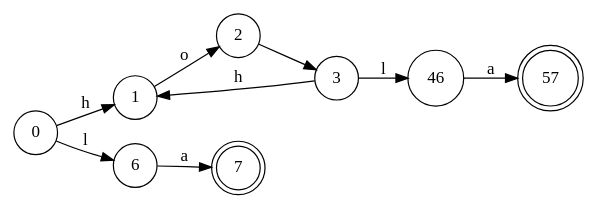
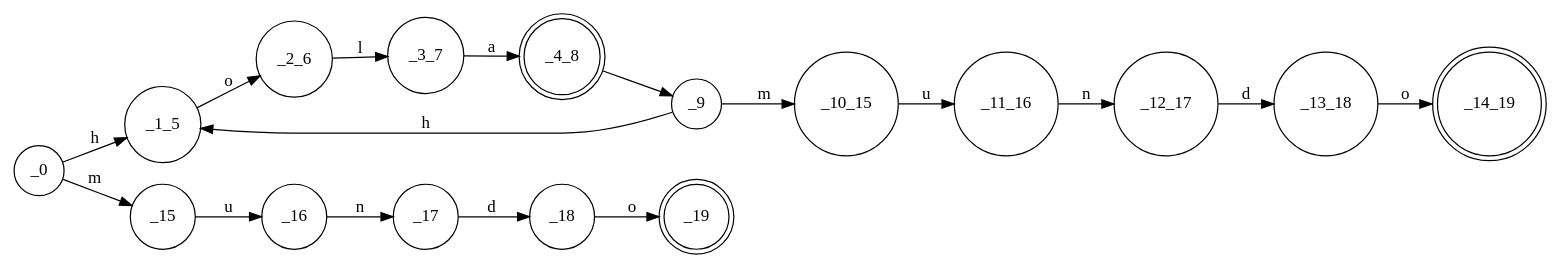
The diagram in src/files/testDet.dot (GdeAchaval/automaton), drawn with Graphviz before and after one commit. The commit also changed 5 other files, not shown here.

```diff
--- a/src/files/testDet.dot
+++ b/src/files/testDet.dot
@@ -1,22 +1,38 @@
 digraph {
 rankdir = "LR";
 // NODES
-node [shape=circle] Node0[label="0"];
-node [shape=circle] Node1[label="1"];
-node [shape=circle] Node6[label="6"];
-node [shape=circle] Node2[label="2"];
-node [shape=doublecircle] Node7[label="7"];
-node [shape=circle] Node3[label="3"];
-node [shape=circle] Node46[label="46"];
-node [shape=doublecircle] Node57[label="57"];
+node [shape=circle] Node_0[label="_0"];
+node [shape=circle] Node_1_5[label="_1_5"];
+node [shape=circle] Node_15[label="_15"];
+node [shape=circle] Node_2_6[label="_2_6"];
+node [shape=circle] Node_16[label="_16"];
+node [shape=circle] Node_3_7[label="_3_7"];
+node [shape=circle] Node_17[label="_17"];
+node [shape=doublecircle] Node_4_8[label="_4_8"];
+node [shape=circle] Node_18[label="_18"];
+node [shape=circle] Node_9[label="_9"];
+node [shape=doublecircle] Node_19[label="_19"];
+node [shape=circle] Node_10_15[label="_10_15"];
+node [shape=circle] Node_11_16[label="_11_16"];
+node [shape=circle] Node_12_17[label="_12_17"];
+node [shape=circle] Node_13_18[label="_13_18"];
+node [shape=doublecircle] Node_14_19[label="_14_19"];
 
 // TRANSITIONS
-Node0 -> Node1 [label="h"];
-Node0 -> Node6 [label="l"];
-Node1 -> Node2 [label="o"];
-Node6 -> Node7 [label="a"];
-Node2 -> Node3 [label=" "];
-Node3 -> Node1 [label="h"];
-Node3 -> Node46 [label="l"];
-Node46 -> Node57 [label="a"];
+Node_0 -> Node_1_5 [label="h"];
+Node_0 -> Node_15 [label="m"];
+Node_1_5 -> Node_2_6 [label="o"];
+Node_15 -> Node_16 [label="u"];
+Node_2_6 -> Node_3_7 [label="l"];
+Node_16 -> Node_17 [label="n"];
+Node_3_7 -> Node_4_8 [label="a"];
+Node_17 -> Node_18 [label="d"];
+Node_4_8 -> Node_9 [label=" "];
+Node_18 -> Node_19 [label="o"];
+Node_9 -> Node_1_5 [label="h"];
+Node_9 -> Node_10_15 [label="m"];
+Node_10_15 -> Node_11_16 [label="u"];
+Node_11_16 -> Node_12_17 [label="n"];
+Node_12_17 -> Node_13_18 [label="d"];
+Node_13_18 -> Node_14_19 [label="o"];
 }
```
